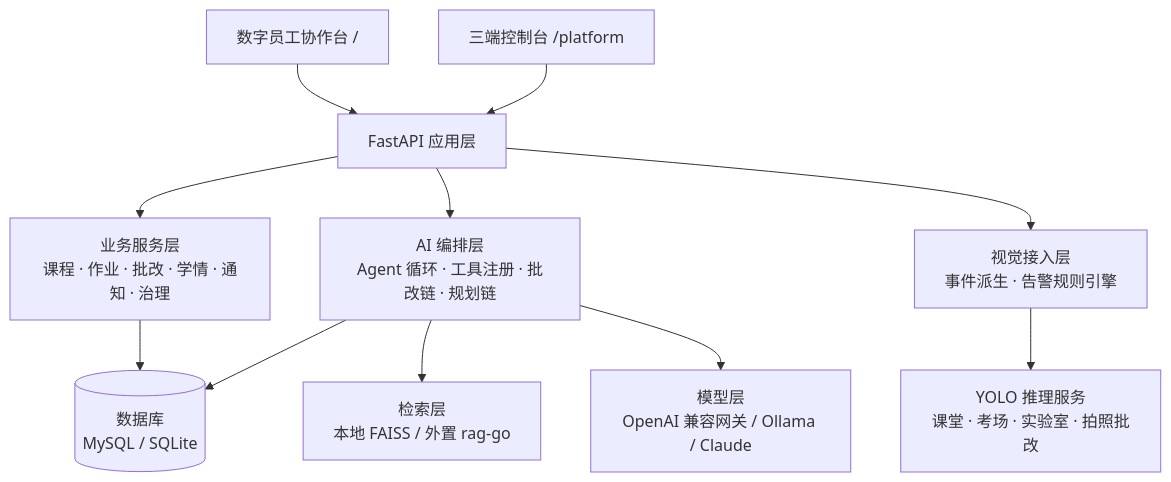
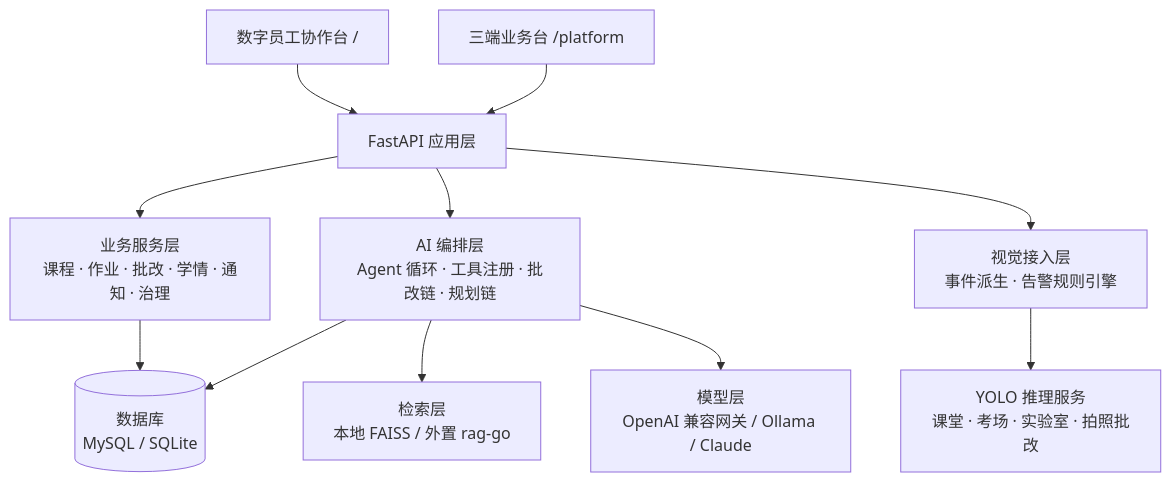
The diagram in README.md (yqy624/eduagent-digital-workforce), drawn with Mermaid before and after one commit. The commit also changed other lines of this file and 13 other files, not shown here.

````diff
--- a/README.md
+++ b/README.md
@@ -106,13 +106,13 @@
 ```mermaid
 graph TD
     A["数字员工协作台 /"] --> C["FastAPI 应用层"]
-    B["三端控制台 /platform"] --> C
+    B["三端业务台 /platform"] --> C
     C --> D["业务服务层<br/>课程 · 作业 · 批改 · 学情 · 通知 · 治理"]
     C --> E["AI 编排层<br/>Agent 循环 · 工具注册 · 批改链 · 规划链"]
     E --> F["检索层<br/>本地 FAISS / 外置 rag-go"]
     E --> G["模型层<br/>OpenAI 兼容网关 / Ollama / Claude"]
     C --> H["视觉接入层<br/>事件派生 · 告警规则引擎"]
     H --> I["YOLO 推理服务<br/>课堂 · 考场 · 实验室 · 拍照批改"]
     D --> J[("数据库<br/>MySQL / SQLite")]
     E --> J
 ```
````
